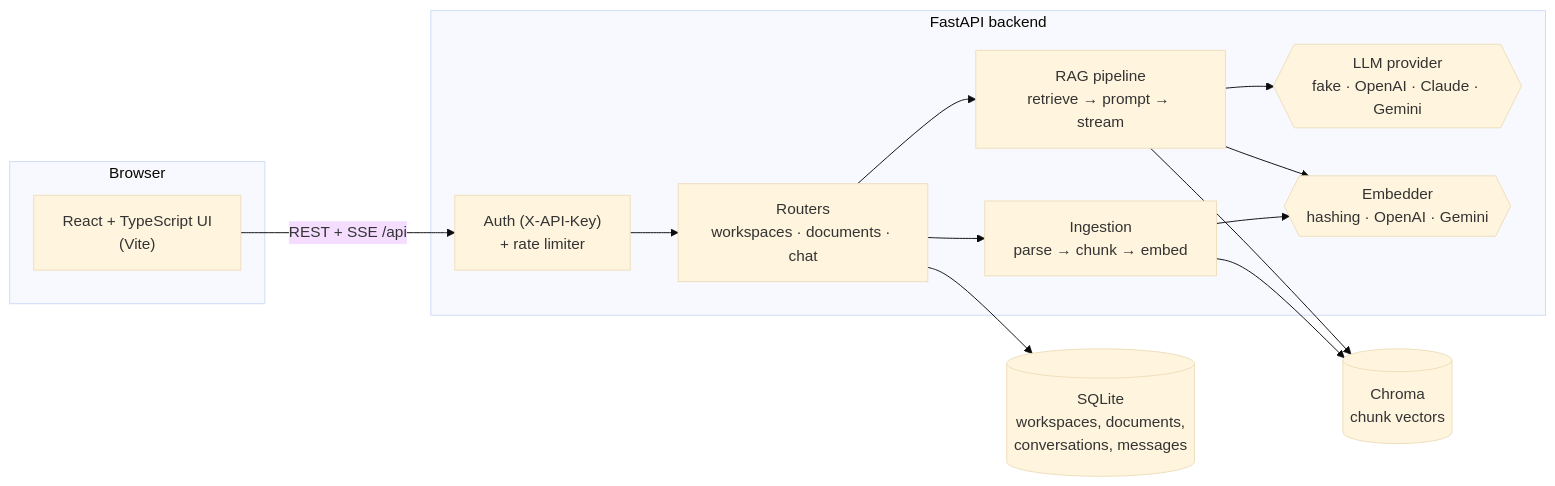
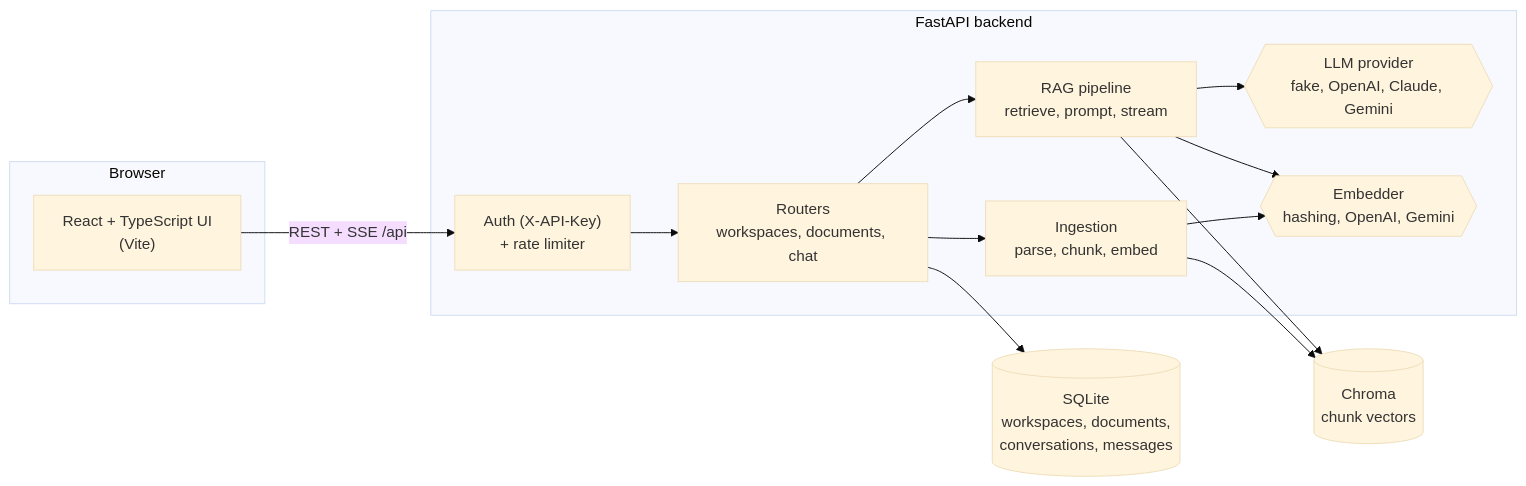
One commit to fagundespenta/docmind changed the first of 2 diagrams in README.md. Above: the diagram before and after it, drawn with Mermaid (base theme). The commit also changed other lines of this file, not shown here.

````diff
--- a/README.md
+++ b/README.md
@@ -48,26 +30,26 @@
 ```mermaid
 flowchart LR
     subgraph Browser
         UI["React + TypeScript UI<br/>(Vite)"]
     end
 
     subgraph API["FastAPI backend"]
         AUTH["Auth (X-API-Key)<br/>+ rate limiter"]
-        R["Routers<br/>workspaces · documents · chat"]
-        ING["Ingestion<br/>parse → chunk → embed"]
-        RAG["RAG pipeline<br/>retrieve → prompt → stream"]
-        LLM{{"LLM provider<br/>fake · OpenAI · Claude · Gemini"}}
-        EMB{{"Embedder<br/>hashing · OpenAI · Gemini"}}
+        R["Routers<br/>workspaces, documents, chat"]
+        ING["Ingestion<br/>parse, chunk, embed"]
+        RAG["RAG pipeline<br/>retrieve, prompt, stream"]
+        LLM{{"LLM provider<br/>fake, OpenAI, Claude, Gemini"}}
+        EMB{{"Embedder<br/>hashing, OpenAI, Gemini"}}
     end
 
     DB[("SQLite<br/>workspaces, documents,<br/>conversations, messages")]
     VS[("Chroma<br/>chunk vectors")]
 
     UI -- "REST + SSE /api" --> AUTH --> R
     R --> ING --> EMB
     ING --> VS
     R --> RAG --> EMB
     RAG --> VS
     RAG --> LLM
     R --> DB
 ```
````
